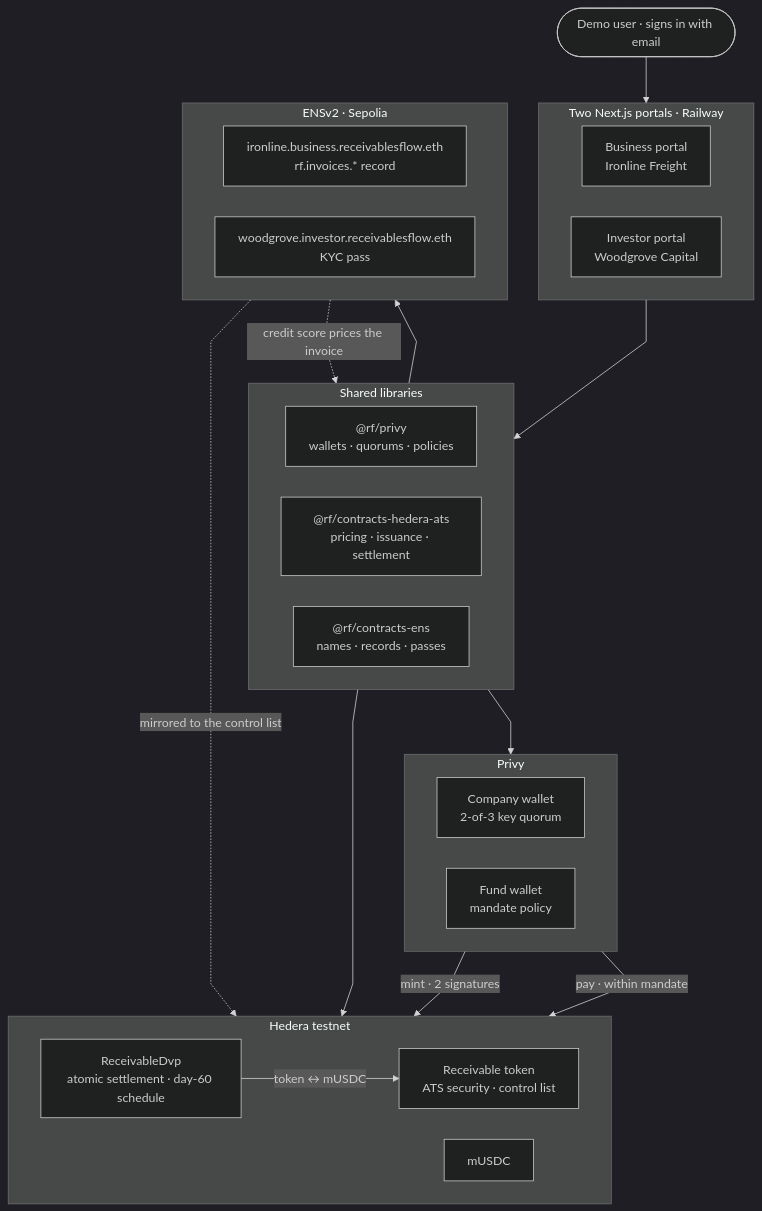
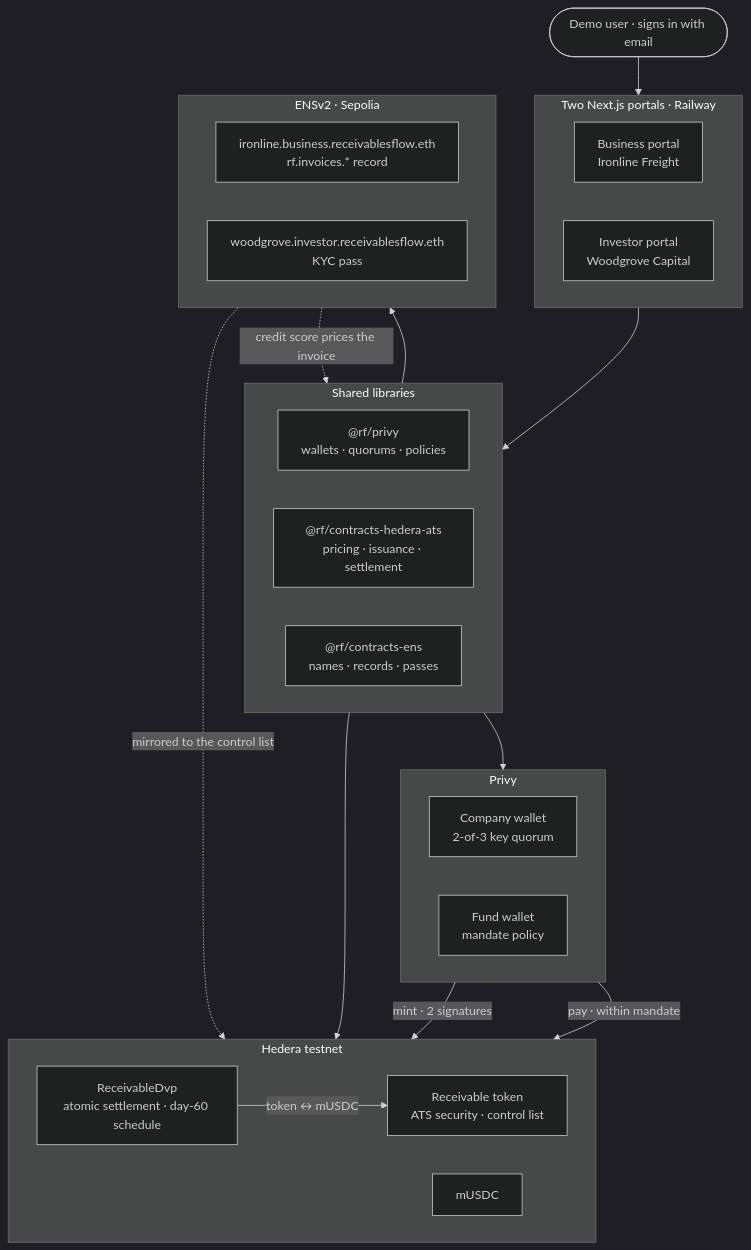
Before and after one commit to cvestrada/receivables-flow: the diagram in README.md, drawn with Mermaid (dark theme).

Commit message:
docs: drop the mermaid init line
Claude-Session: https://claude.ai/code/session_01MkdzNjUBmwdnGPR96wAaKE

````diff
--- a/README.md
+++ b/README.md
@@ -57,49 +57,48 @@
 ```mermaid
-%%{init: {'flowchart': {'curve': 'linear', 'nodeSpacing': 40, 'rankSpacing': 60}}}%%
 flowchart TD
     USER(["Demo user · signs in with email"])
 
     subgraph PORTALS["Two Next.js portals · Railway"]
         direction LR
         BIZ["Business portal<br/>Ironline Freight"]
         INV["Investor portal<br/>Woodgrove Capital"]
     end
 
     subgraph LIBS["Shared libraries"]
         direction LR
         PRIVYLIB["@rf/privy<br/>wallets · quorums · policies"]
         ATSLIB["@rf/contracts-hedera-ats<br/>pricing · issuance · settlement"]
         ENSLIB["@rf/contracts-ens<br/>names · records · passes"]
     end
 
     subgraph PRIVY["Privy"]
         direction LR
         COMPANY["Company wallet<br/>2-of-3 key quorum"]
         FUND["Fund wallet<br/>mandate policy"]
     end
 
     subgraph HEDERA["Hedera testnet"]
         direction LR
         TOKEN["Receivable token<br/>ATS security · control list"]
         DVP["ReceivableDvp<br/>atomic settlement · day-60 schedule"]
         USDC["mUSDC"]
     end
 
     subgraph ENS["ENSv2 · Sepolia"]
         direction LR
         BIZNAME["ironline.business.receivablesflow.eth<br/>rf.invoices.* record"]
         FUNDNAME["woodgrove.investor.receivablesflow.eth<br/>KYC pass"]
     end
 
     USER --> PORTALS
     PORTALS --> LIBS
     PRIVYLIB --> PRIVY
     ATSLIB --> HEDERA
     ENSLIB --> ENS
 
     COMPANY -- "mint · 2 signatures" --> TOKEN
     FUND -- "pay · within mandate" --> USDC
     DVP -- "token ↔ mUSDC" --> TOKEN
     BIZNAME -. "credit score prices the invoice" .-> ATSLIB
     FUNDNAME -. "mirrored to the control list" .-> TOKEN
 ```
````
